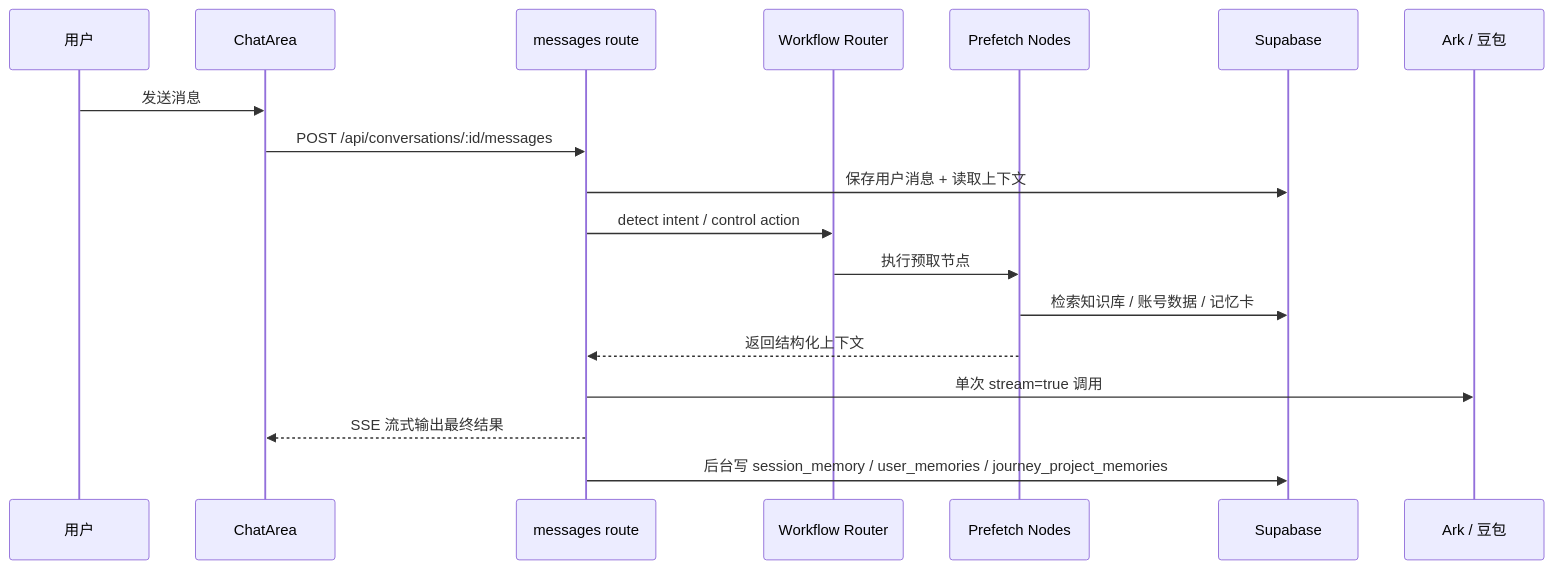
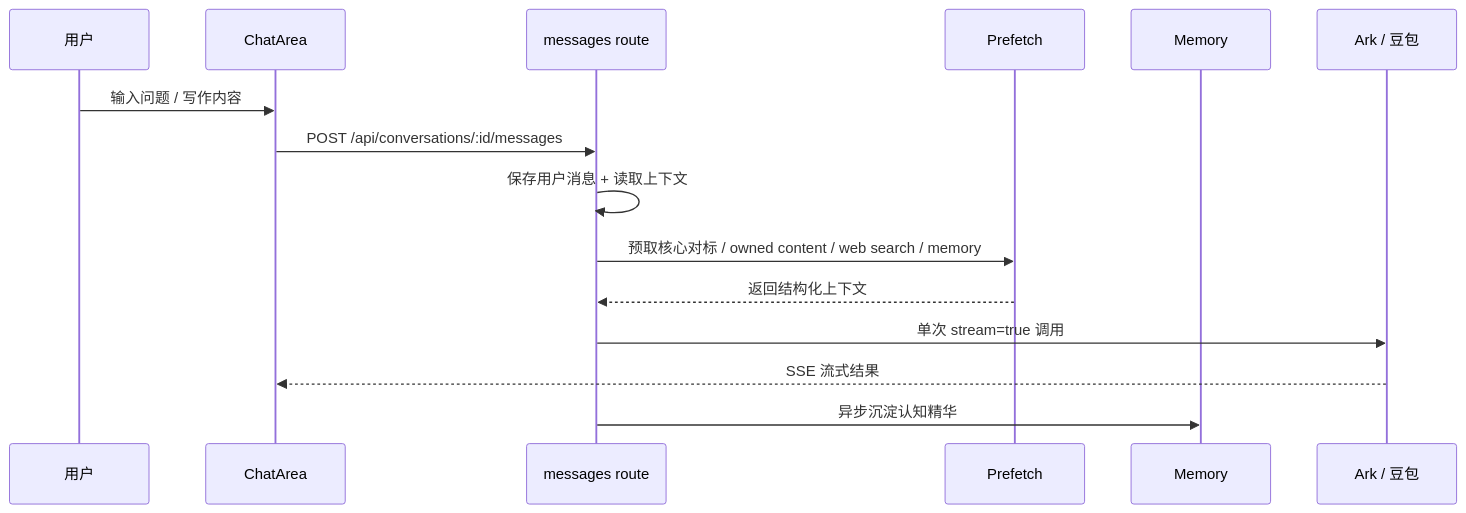
The diagram in ARCHITECTURE.md (huangwenxuangod/niche), drawn with Mermaid before and after one commit. The commit also changed other lines of this file and 2 other files, not shown here.

````diff
--- a/ARCHITECTURE.md
+++ b/ARCHITECTURE.md
@@ -161,21 +209,18 @@
 ```mermaid
 sequenceDiagram
     participant U as 用户
     participant UI as ChatArea
     participant API as messages route
-    participant WF as Workflow Router
-    participant DATA as Prefetch Nodes
-    participant DB as Supabase
+    participant PRE as Prefetch
+    participant MEM as Memory
     participant LLM as Ark / 豆包
 
-    U->>UI: 发送消息
+    U->>UI: 输入问题 / 写作内容
     UI->>API: POST /api/conversations/:id/messages
-    API->>DB: 保存用户消息 + 读取上下文
-    API->>WF: detect intent / control action
-    WF->>DATA: 执行预取节点
-    DATA->>DB: 检索知识库 / 账号数据 / 记忆卡
-    DATA-->>API: 返回结构化上下文
+    API->>API: 保存用户消息 + 读取上下文
+    API->>PRE: 预取核心对标 / owned content / web search / memory
+    PRE-->>API: 返回结构化上下文
     API->>LLM: 单次 stream=true 调用
-    API-->>UI: SSE 流式输出最终结果
-    API->>DB: 后台写 session_memory / user_memories / journey_project_memories
+    LLM-->>UI: SSE 流式结果
+    API->>MEM: 异步沉淀认知精华
 ```
````
